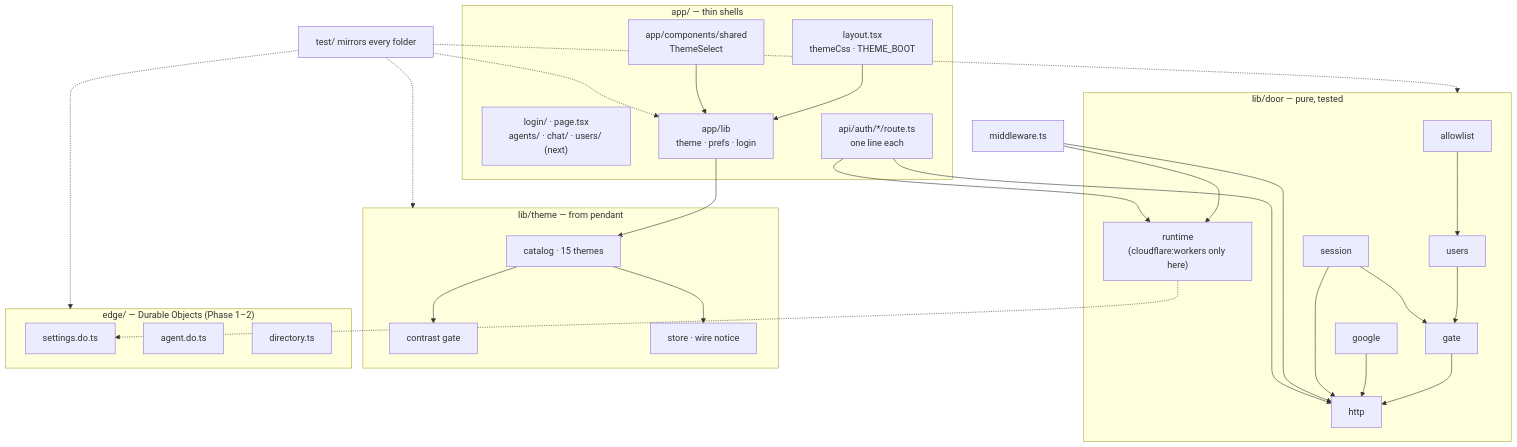
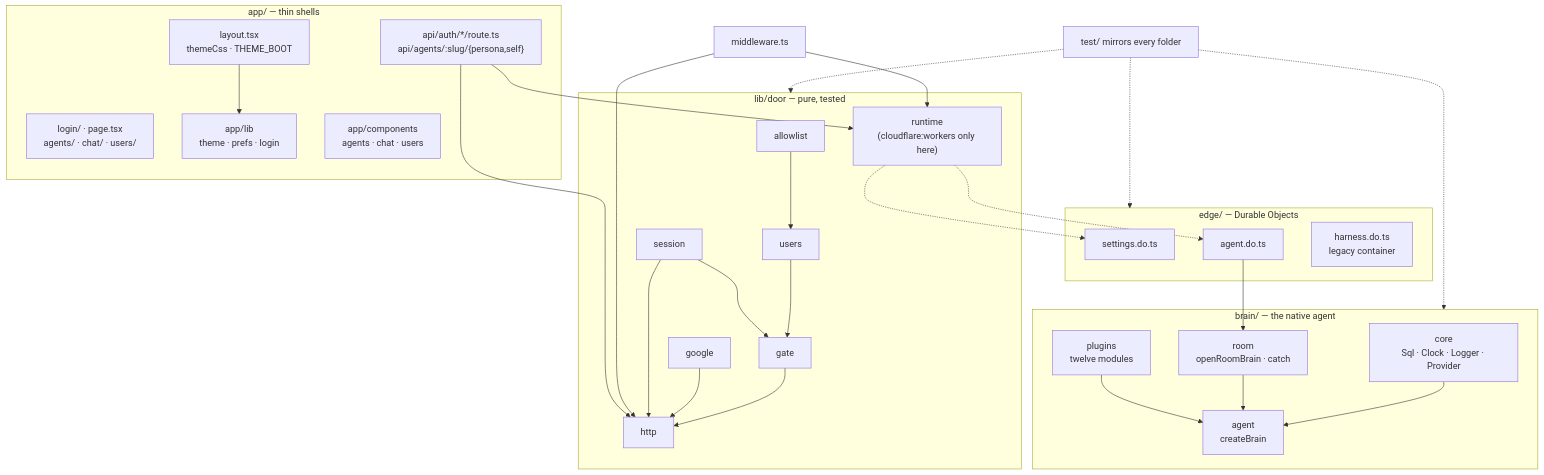
Before and after one commit to shotah/gantree2: diagram 11 of 14 in docs/architecture.md, drawn with Mermaid. The commit also changed other lines of this file and 1526 other files, not shown here.

Commit message:
pivot from container/go to ts and native worker

````diff
--- a/docs/architecture.md
+++ b/docs/architecture.md
@@ -400,34 +420,40 @@
 ```mermaid
 flowchart TB
   subgraph app["app/ — thin shells"]
     LAYOUT[layout.tsx<br/>themeCss · THEME_BOOT]
-    PAGES["login/ · page.tsx<br/>agents/ · chat/ · users/ (next)"]
-    API["api/auth/*/route.ts<br/>one line each"]
+    PAGES["login/ · page.tsx<br/>agents/ · chat/ · users/"]
+    API["api/auth/*/route.ts<br/>api/agents/:slug/{persona,self}"]
     ALIB["app/lib<br/>theme · prefs · login"]
-    COMP["app/components/shared<br/>ThemeSelect"]
+    COMP["app/components<br/>agents · chat · users"]
   end
   subgraph door["lib/door — pure, tested"]
     ALLOW[allowlist] --> USERS[users] --> GATE[gate] --> HTTP[http]
     GOOGLE[google] --> HTTP
     SESSION[session] --> GATE
     SESSION --> HTTP
     RT["runtime<br/>(cloudflare:workers only here)"]
   end
-  subgraph theme["lib/theme — from pendant"]
-    CAT[catalog · 15 themes] --> CON[contrast gate]
-    CAT --> STORE[store · wire notice]
+  subgraph brain["brain/ — the native agent"]
+    CORE[core<br/>Sql · Clock · Logger · Provider]
+    LOOP[agent<br/>createBrain]
+    ROOM[room<br/>openRoomBrain · catch]
+    PLUG[plugins<br/>twelve modules]
+    CORE --> LOOP
+    ROOM --> LOOP
+    PLUG --> LOOP
   end
-  subgraph edge["edge/ — Durable Objects (Phase 1–2)"]
+  subgraph edge["edge/ — Durable Objects"]
     SDO[settings.do.ts]
     ADO[agent.do.ts]
-    DIR[directory.ts]
+    HDO[harness.do.ts<br/>legacy container]
   end
   MW[middleware.ts] --> HTTP
   MW --> RT
   API --> HTTP
   API --> RT
   RT -.-> SDO
-  LAYOUT --> ALIB --> CAT
-  COMP --> ALIB
-  TEST["test/ mirrors every folder"] -.-> door & theme & ALIB & edge
+  RT -.-> ADO
+  ADO --> ROOM
+  LAYOUT --> ALIB
+  TEST["test/ mirrors every folder"] -.-> door & brain & edge
 ```
````
